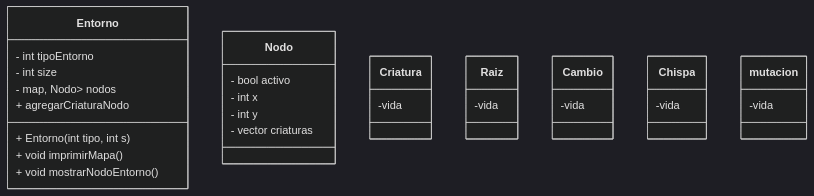
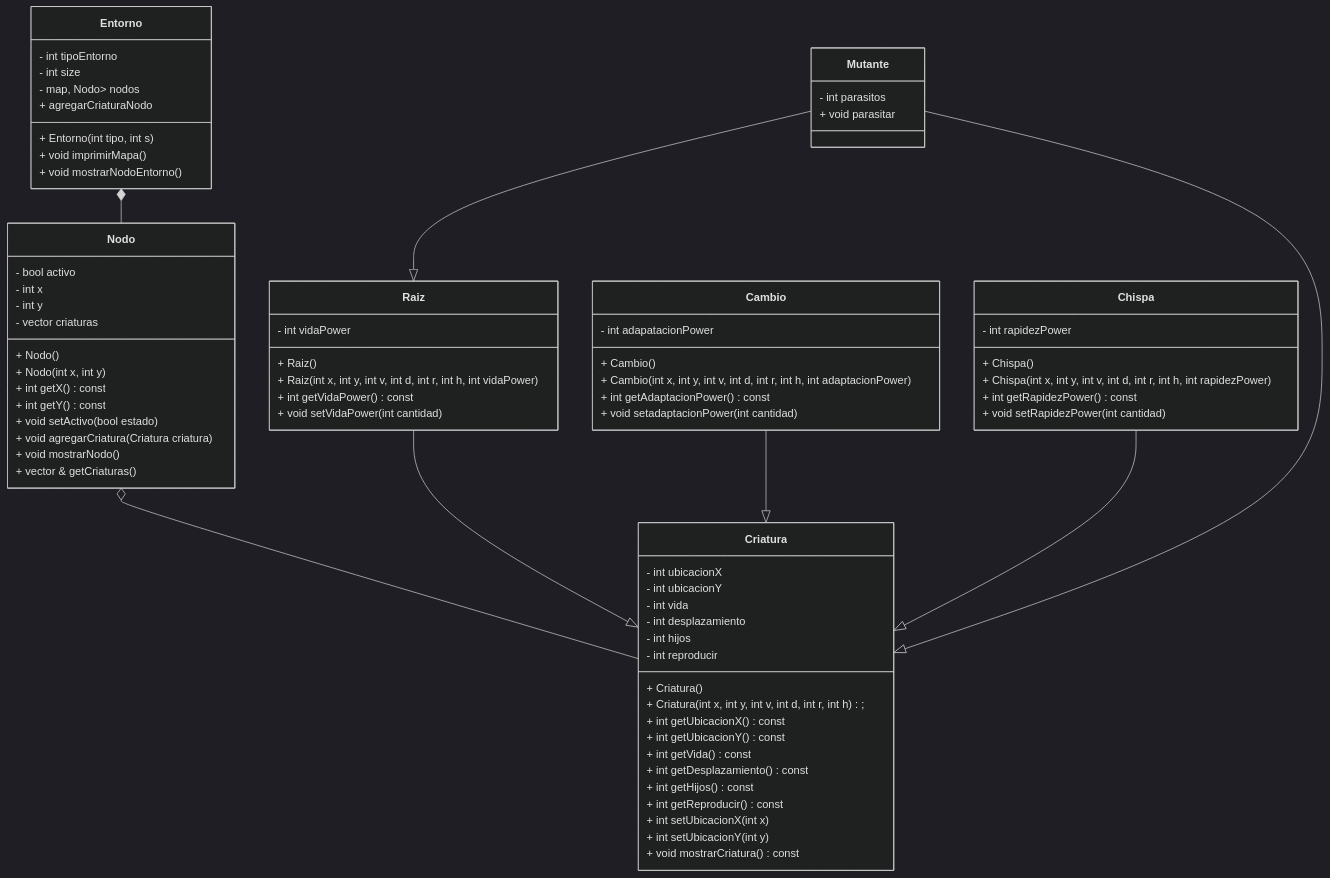
One commit to valemm13/ElValleIridiano changed the diagram in uml.md. Above: the diagram before and after it, drawn with Mermaid (dark theme).

Commit message:
Diagrama UML

````diff
--- a/uml.md
+++ b/uml.md
@@ -15,27 +15,74 @@
 - bool activo
 - int x
 - int y
-- vector <Criatura> criaturas
+- vector <Criatura*> criaturas
++ Nodo()
++ Nodo(int x, int y)
++ int getX() const
++ int getY() const
++ void setActivo(bool estado)
++ void agregarCriatura(Criatura criatura)
++ void mostrarNodo()
++ vector <Criatura*>&  getCriaturas()
+
 }
 
 class Criatura {
--vida
+- int ubicacionX
+- int ubicacionY
+- int vida
+- int desplazamiento
+- int hijos
+- int reproducir
++ Criatura()
++ Criatura(int x, int y, int v, int d, int r, int h);
++ int getUbicacionX() const
++ int getUbicacionY() const
++  int getVida() const
++  int getDesplazamiento() const
++  int getHijos() const
++  int getReproducir() const
++  int setUbicacionX(int x)
++  int setUbicacionY(int y)
++  void mostrarCriatura() const
 }
 
 class Raiz {
--vida
+- int vidaPower
++  Raiz()
++ Raiz(int x, int y, int v, int d, int r, int h, int vidaPower)
++ int getVidaPower() const
++ void setVidaPower(int cantidad)
+
 }
 
 class Cambio {
--vida
+- int adapatacionPower
++ Cambio()
++ Cambio(int x, int y, int v, int d, int r, int h, int adaptacionPower)
++ int getAdaptacionPower() const
++ void setadaptacionPower(int cantidad)
 }
 
 class Chispa {
--vida
+- int rapidezPower
++ Chispa()
++ Chispa(int x, int y, int v, int d, int r, int h, int rapidezPower)
++ int getRapidezPower() const
++ void setRapidezPower(int cantidad)
+}
+class Mutante {
+- int parasitos
++ void parasitar
 }
 
-class mutacion {
--vida
-}
+Entorno *-- Nodo 
+Nodo o-- Criatura 
+Raiz --|> Criatura
+Cambio --|> Criatura
+Chispa --|> Criatura
+Mutante --|> Raiz 
+Mutante --|> Criatura
+
 
 ```
````
